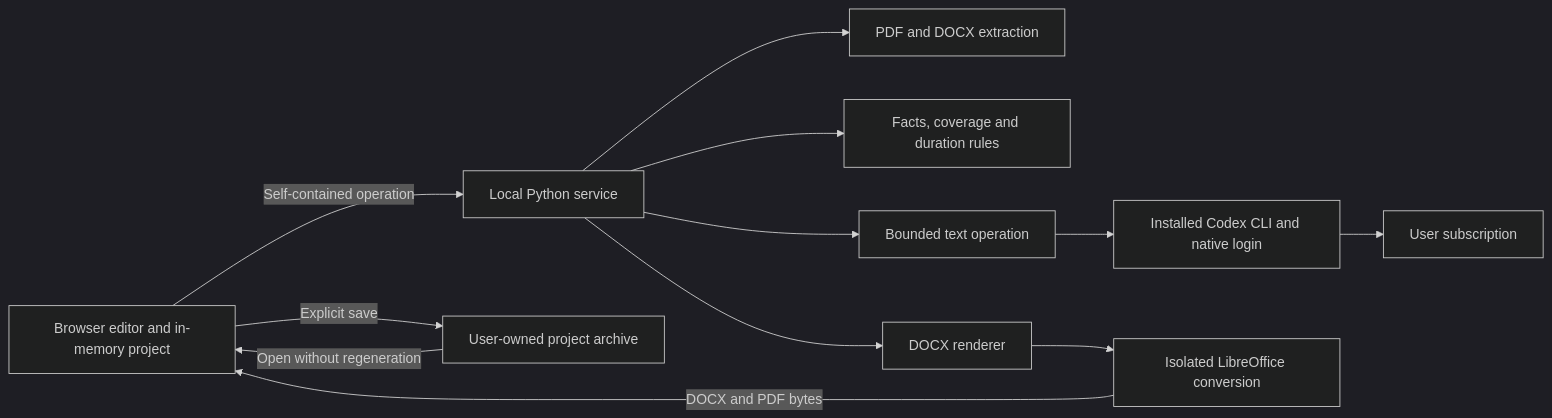
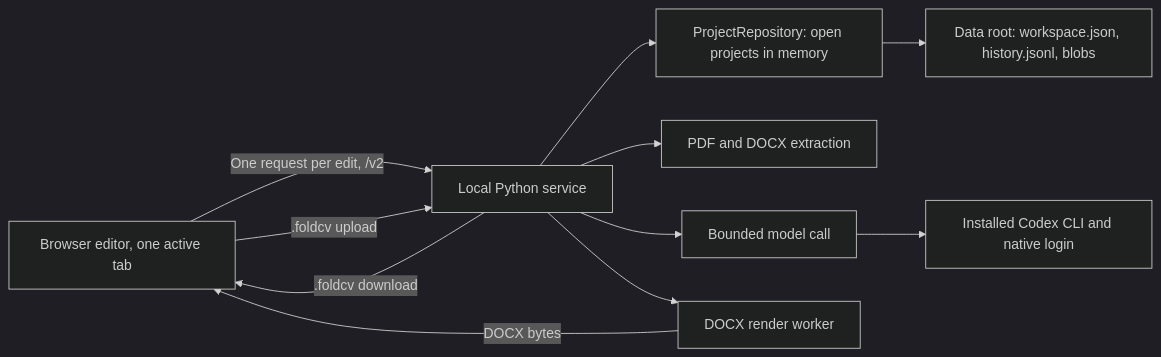
Before and after one commit to aimmlegate/foldCV: the diagram in docs/gui/architecture.md, drawn with Mermaid (dark theme). The commit also changed other lines of this file and 9 other files, not shown here.

````diff
--- a/docs/gui/architecture.md
+++ b/docs/gui/architecture.md
@@ -32,14 +29,13 @@
 ```mermaid
 flowchart LR
-    UI[Browser editor and in-memory project] -->|Self-contained operation| API[Local Python service]
+    UI[Browser editor, one active tab] -->|One request per edit, /v2| API[Local Python service]
+    API --> Repo[ProjectRepository: open projects in memory]
+    Repo --> Disk[Data root: workspace.json, history.jsonl, blobs]
     API --> Parse[PDF and DOCX extraction]
-    API --> Policy[Facts, coverage and duration rules]
-    API --> Model[Bounded text operation]
+    API --> Model[Bounded model call]
     Model --> CLI[Installed Codex CLI and native login]
-    CLI --> Plan[User subscription]
-    API --> Docx[DOCX renderer]
-    Docx --> PDF[Isolated LibreOffice conversion]
-    PDF -->|DOCX and PDF bytes| UI
-    UI -->|Explicit save| Bundle[User-owned project archive]
-    Bundle -->|Open without regeneration| UI
+    API --> Docx[DOCX render worker]
+    Docx -->|DOCX bytes| UI
+    API -->|.foldcv download| UI
+    UI -->|.foldcv upload| API
 ```
````
